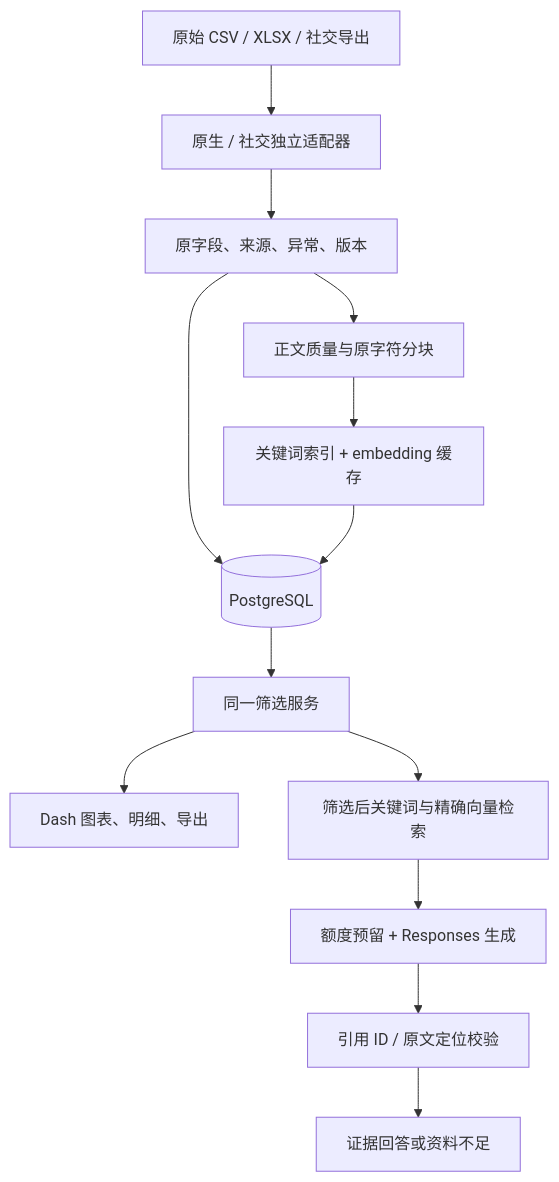
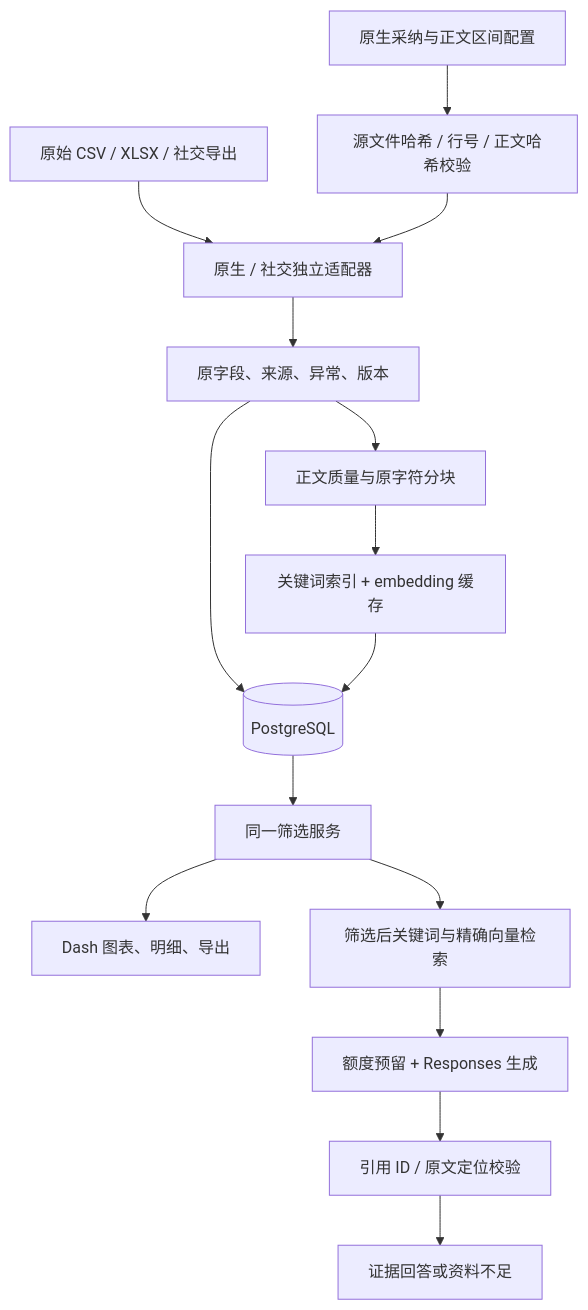
The diagram in docs/architecture.md (yaobc77-ai/ciss-advertising-observatory), drawn with Mermaid before and after one commit. The commit also changed other lines of this file and 28 other files, not shown here.

````diff
--- a/docs/architecture.md
+++ b/docs/architecture.md
@@ -7,15 +7,17 @@
 ```mermaid
 flowchart TD
     A[原始 CSV / XLSX / 社交导出] --> B[原生 / 社交独立适配器]
+    M[原生采纳与正文区间配置] --> V[源文件哈希 / 行号 / 正文哈希校验]
+    V --> B
     B --> C[原字段、来源、异常、版本]
     C --> D[(PostgreSQL)]
     D --> E[同一筛选服务]
     E --> F[Dash 图表、明细、导出]
     C --> G[正文质量与原字符分块]
     G --> H[关键词索引 + embedding 缓存]
     H --> D
     E --> I[筛选后关键词与精确向量检索]
     I --> J[额度预留 + Responses 生成]
     J --> K[引用 ID / 原文定位校验]
     K --> L[证据回答或资料不足]
 ```
````
